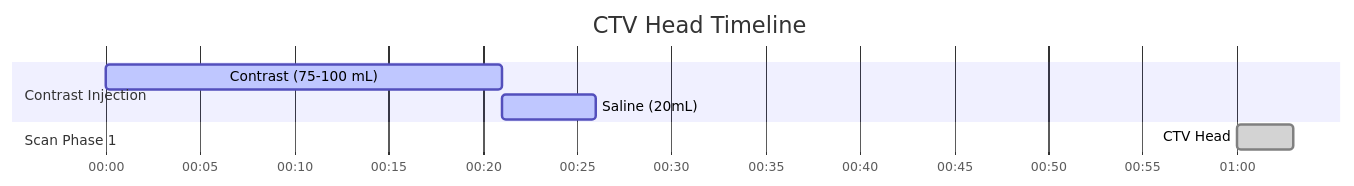
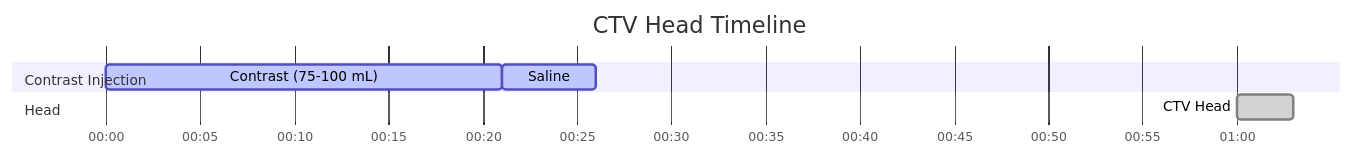
One commit to dfergs93/radiology-protocols changed the diagram in docs/ct/neuro/ctv-head.md. Above: the diagram before and after it, drawn with Mermaid. The commit also changed other lines of this file and 101 other files, not shown here.

````diff
--- a/docs/ct/neuro/ctv-head.md
+++ b/docs/ct/neuro/ctv-head.md
@@ -82,16 +83,18 @@
   ```mermaid
   ---
+  displayMode: compact
   config:
     theme: default
+    themeCSS: " #Saline{ fill: #4ed5ff; stroke: #2094f3; } "
   ---
     gantt
       title CTV Head Timeline
       dateFormat mm:ss
       axisFormat %M:%S 
       
       section Contrast Injection
       Contrast (75-100 mL)    :active, contrast, 00:00, 21s
-      Saline (20mL)          :active, saline, after contrast, 5s
-      section Scan Phase 1
+      Saline          :active, saline, after contrast, 5s
+      section Head
       CTV Head    :done, scan1, 01:00, 3s
   ```
````
